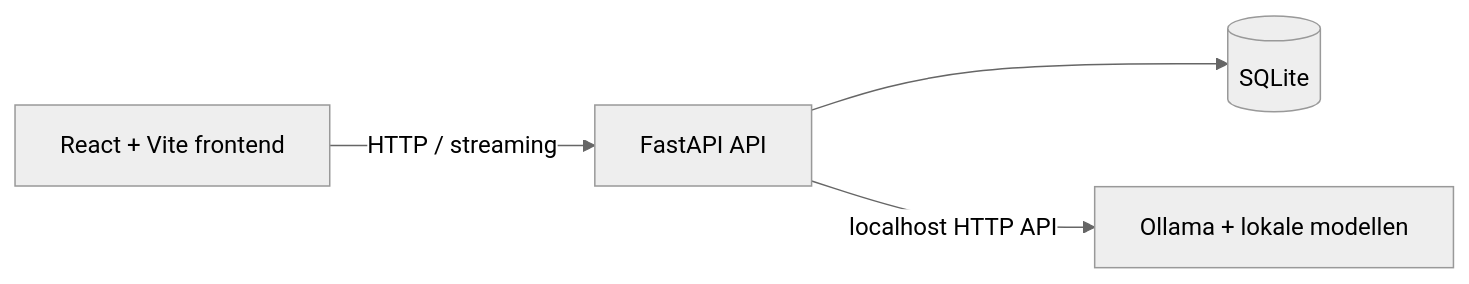
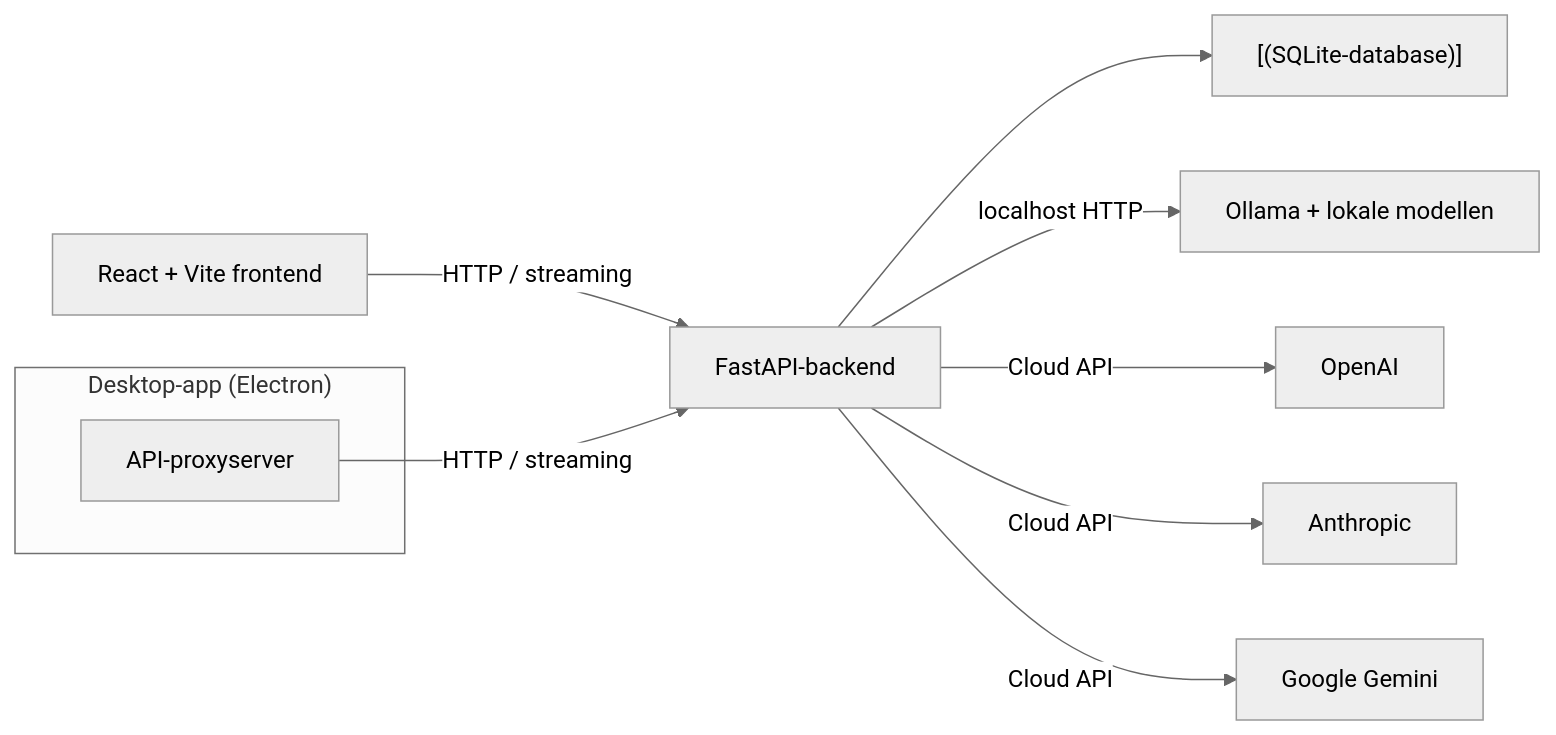
Before and after one commit to LukaG712/Neo: the diagram in README.nl.md, drawn with Mermaid (neutral theme). The commit also changed other lines of this file and 19 other files, not shown here.

````diff
--- a/README.nl.md
+++ b/README.nl.md
@@ -50,6 +164,13 @@
 ```mermaid
 flowchart LR
-    Browser[React + Vite frontend] -->|HTTP / streaming| API[FastAPI API]
-    API --> DB[(SQLite)]
-    API -->|localhost HTTP API| Ollama[Ollama + lokale modellen]
+    subgraph Desktop["Desktop-app (Electron)"]
+        Proxy["API-proxyserver"]
+    end
+    Browser[React + Vite frontend] -->|HTTP / streaming| API[FastAPI-backend]
+    Proxy -->|HTTP / streaming| API
+    API --> DB["[(SQLite-database)]"]
+    API -->|localhost HTTP| Ollama[Ollama + lokale modellen]
+    API -->|Cloud API| OpenAI[OpenAI]
+    API -->|Cloud API| Anthropic[Anthropic]
+    API -->|Cloud API| Gemini[Google Gemini]
 ```
````
